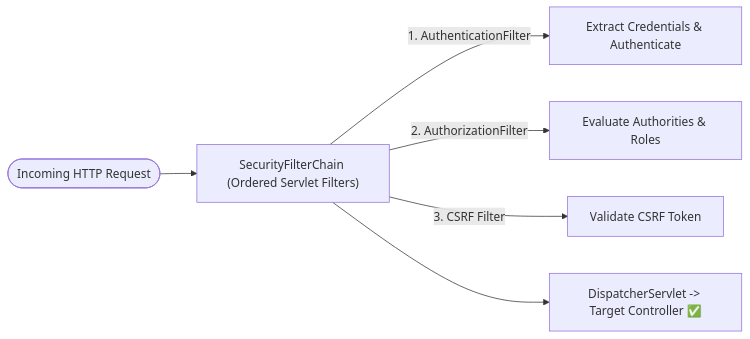
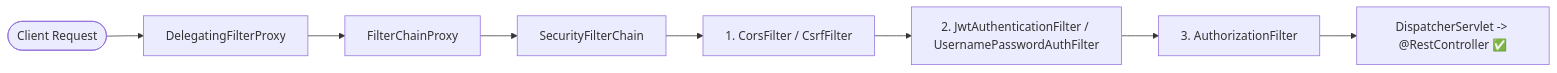
One commit to rohithgowda18/Notes changed the first of 7 diagrams in 06-Java-and-Spring-Boot/04-Spring-Security-and-Authentication.md. Above: the diagram before and after it, drawn with Mermaid. The commit also changed other lines of this file and 13 other files, not shown here.

Commit message:
docs: upgrade Spring Boot study guides to Spring Boot 3+, Spring 6, Security 6, Jakarta, and add architecture diagrams

````diff
--- a/06-Java-and-Spring-Boot/04-Spring-Security-and-Authentication.md
+++ b/06-Java-and-Spring-Boot/04-Spring-Security-and-Authentication.md
@@ -37,8 +43,10 @@
 ```mermaid
 flowchart LR
-    Request(["Incoming HTTP Request"]) --> FilterChain["SecurityFilterChain (Ordered Servlet Filters)"]
-    FilterChain -->|1. AuthenticationFilter| Auth["Extract Credentials & Authenticate"]
-    FilterChain -->|2. AuthorizationFilter| Role["Evaluate Authorities & Roles"]
-    FilterChain -->|3. CSRF Filter| CSRF["Validate CSRF Token"]
-    FilterChain --> DS["DispatcherServlet -> Target Controller ✅"]
+    Client(["Client Request"]) --> DFP["DelegatingFilterProxy"]
+    DFP --> FCP["FilterChainProxy"]
+    FCP --> FilterChain["SecurityFilterChain"]
+    FilterChain --> F1["1. CorsFilter / CsrfFilter"]
+    F1 --> F2["2. JwtAuthenticationFilter / UsernamePasswordAuthFilter"]
+    F2 --> F3["3. AuthorizationFilter"]
+    F3 --> DS["DispatcherServlet -> @RestController ✅"]
 ```
````
